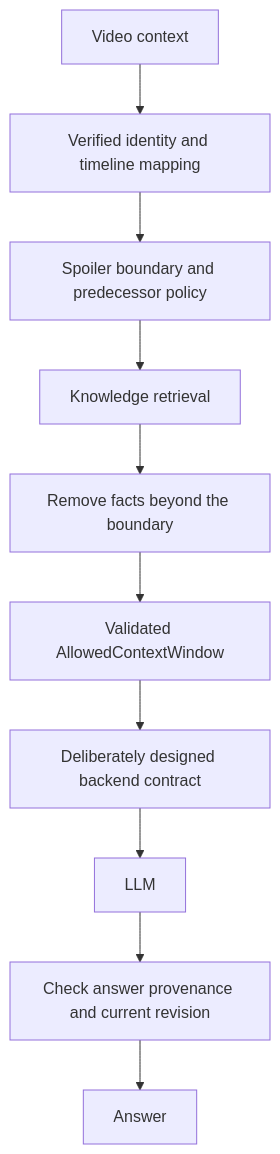
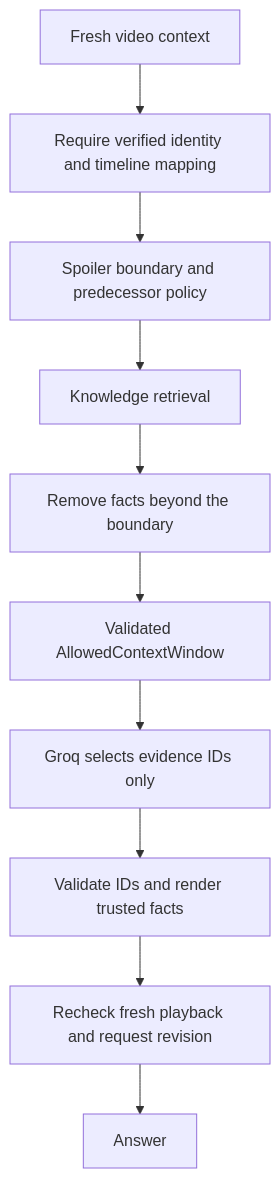
The second of 2 diagrams in docs/ARCHITECTURE.md (twok-teks/WDIM-WhatDidIMiss), drawn with Mermaid before and after one commit. The commit also changed other lines of this file and 71 other files, not shown here.

````diff
--- a/docs/ARCHITECTURE.md
+++ b/docs/ARCHITECTURE.md
@@ -99,12 +111,12 @@
 ```mermaid
 flowchart TD
-    Video[Video context] --> Identity[Verified identity and timeline mapping]
+    Video[Fresh video context] --> Identity[Require verified identity and timeline mapping]
     Identity --> Boundary[Spoiler boundary and predecessor policy]
     Boundary --> Retrieval[Knowledge retrieval]
     Retrieval --> Filter[Remove facts beyond the boundary]
     Filter --> Window[Validated AllowedContextWindow]
-    Window --> Backend[Deliberately designed backend contract]
-    Backend --> LLM[LLM]
-    LLM --> Validate[Check answer provenance and current revision]
-    Validate --> Answer[Answer]
+    Window --> LLM[Groq selects evidence IDs only]
+    LLM --> Validate[Validate IDs and render trusted facts]
+    Validate --> Fresh[Recheck fresh playback and request revision]
+    Fresh --> Answer[Answer]
 ```
````
